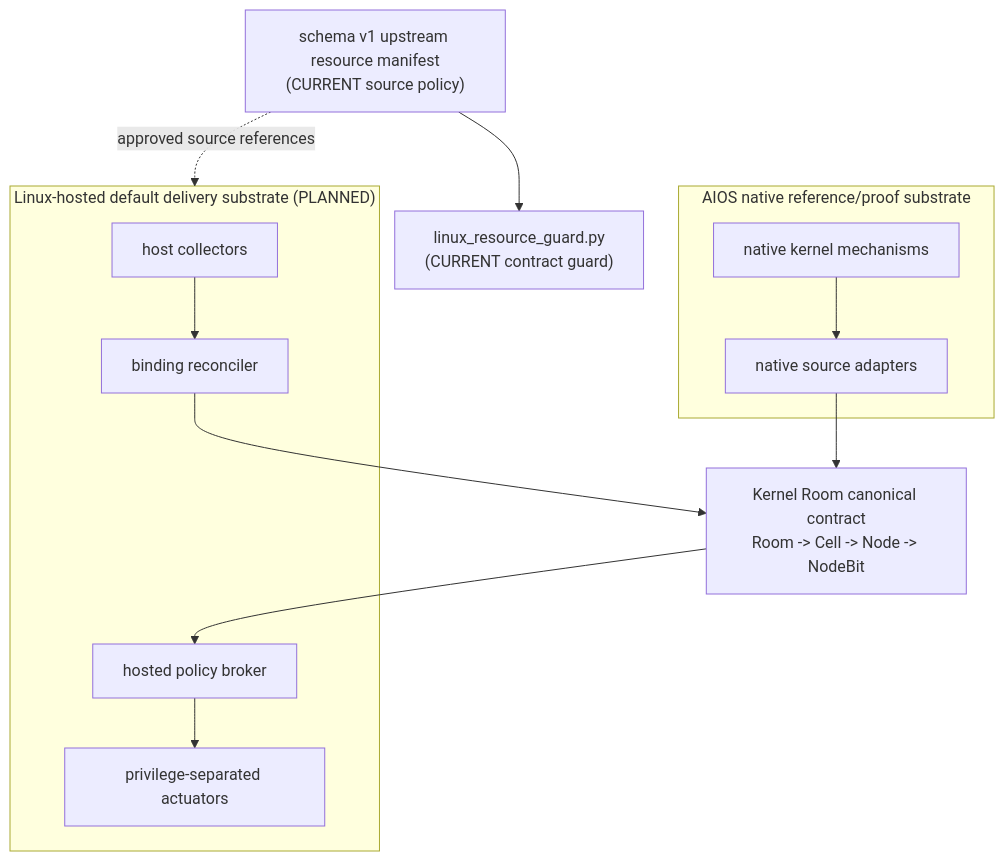
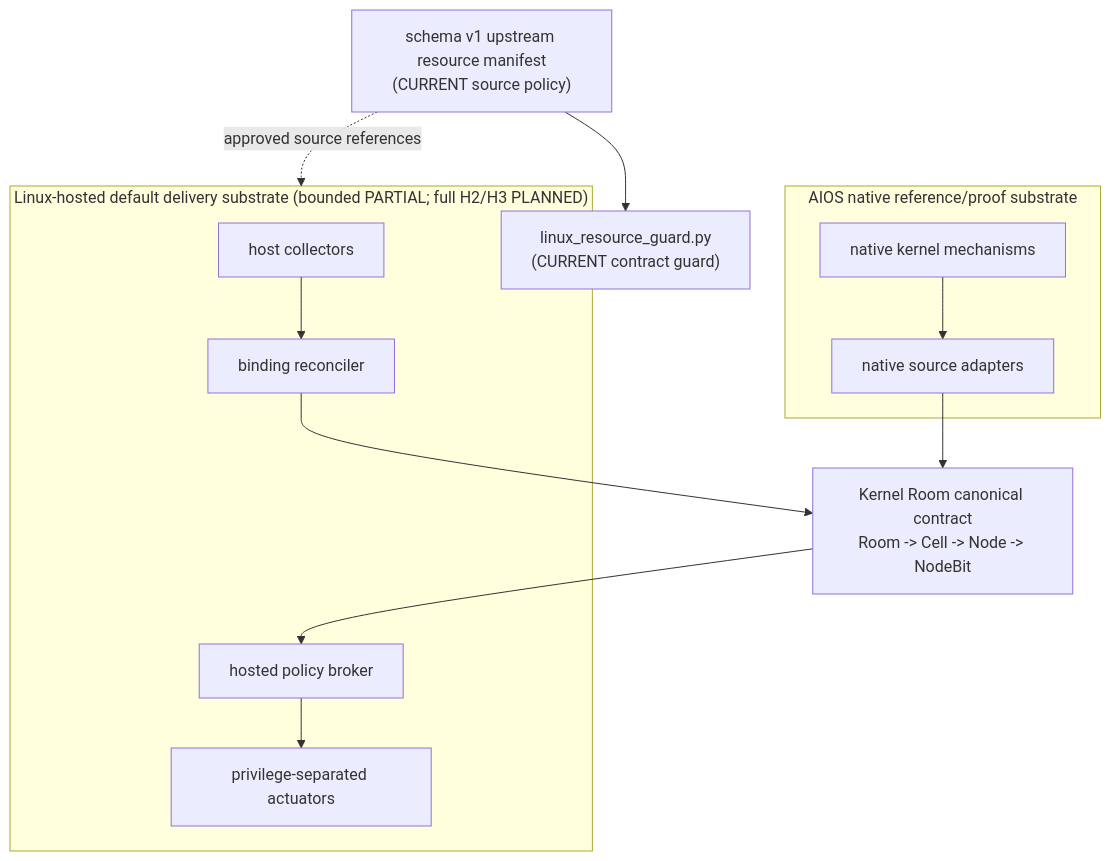
The diagram in docs/os/linux_hosted_substrate_and_resource_policy_ko.md (tjwlstj/aios-kernel), drawn with Mermaid before and after one commit. The commit also changed other lines of this file and 128 other files, not shown here.

````diff
--- a/docs/os/linux_hosted_substrate_and_resource_policy_ko.md
+++ b/docs/os/linux_hosted_substrate_and_resource_policy_ko.md
@@ -297,27 +318,27 @@
 ```mermaid
 flowchart TB
     M["schema v1 upstream resource manifest<br/>(CURRENT source policy)"]
     G["linux_resource_guard.py<br/>(CURRENT contract guard)"]
     C["Kernel Room canonical contract<br/>Room -> Cell -> Node -> NodeBit"]
 
     subgraph N["AIOS native reference/proof substrate"]
         NK["native kernel mechanisms"]
         NA["native source adapters"]
     end
 
-    subgraph L["Linux-hosted default delivery substrate (PLANNED)"]
+    subgraph L["Linux-hosted default delivery substrate (bounded PARTIAL; full H2/H3 PLANNED)"]
         LC["host collectors"]
         LR["binding reconciler"]
         LB["hosted policy broker"]
         LA["privilege-separated actuators"]
     end
 
     M --> G
     M -. "approved source references" .-> L
     NA --> C
     LC --> LR
     LR --> C
     C --> LB
     LB --> LA
     NK --> NA
 ```
````
